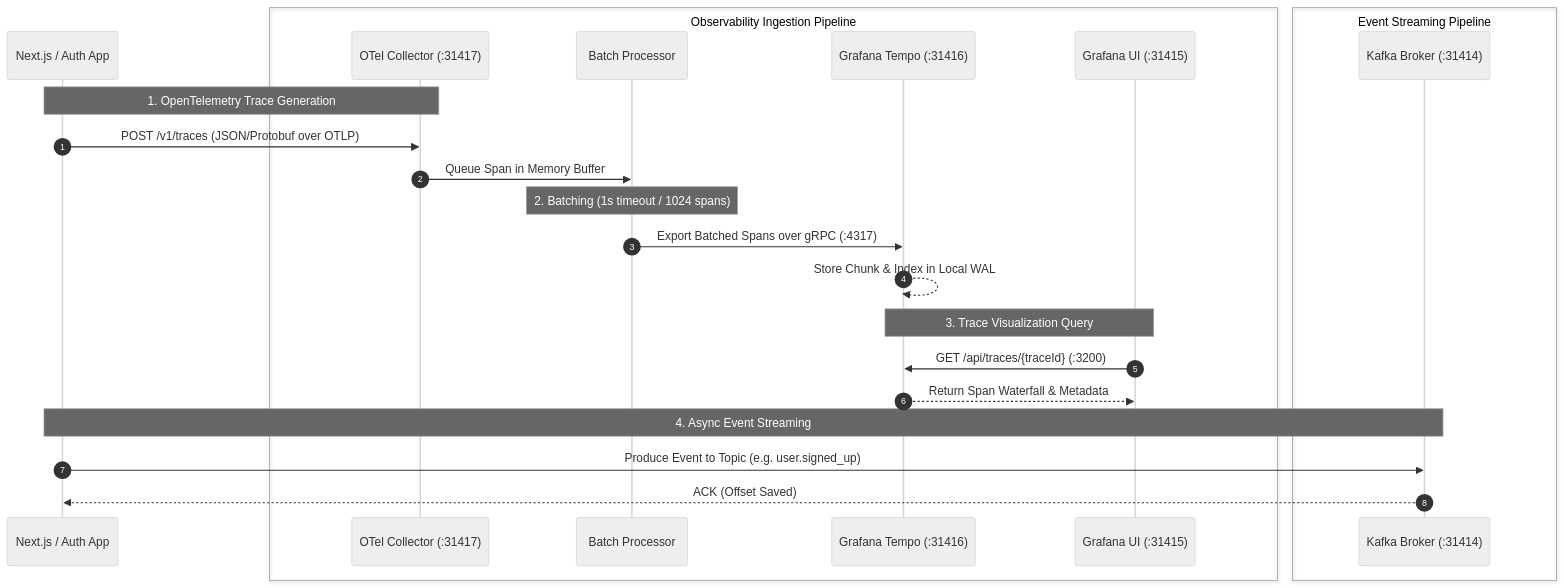
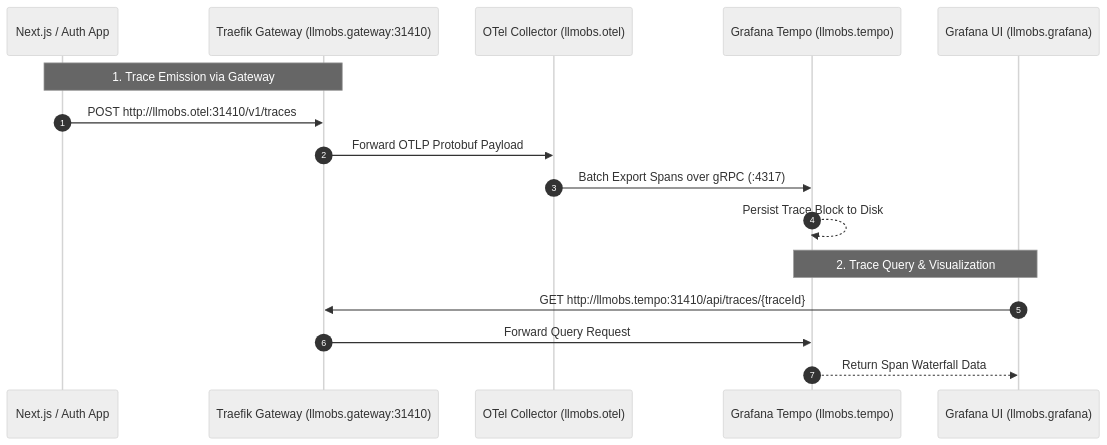
The second of 2 diagrams in packages/node/frontend-deployment/README.md (Chief-Strategist-J/llm-observability-platform), drawn with Mermaid (neutral theme) before and after one commit. The commit also changed other lines of this file and 1 other file, not shown here.

Commit message:
feat(deployment): add Traefik custom domain gateway routing and README clickable URL matrix

````diff
--- a/packages/node/frontend-deployment/README.md
+++ b/packages/node/frontend-deployment/README.md
@@ -59,39 +72,20 @@
 ```mermaid
 sequenceDiagram
     autonumber
     participant App as Next.js / Auth App
-    participant OTel as OTel Collector (:31417)
-    participant Batch as Batch Processor
-    participant Tempo as Grafana Tempo (:31416)
-    participant Grafana as Grafana UI (:31415)
-    participant Kafka as Kafka Broker (:31414)
+    participant Gateway as Traefik Gateway (llmobs.gateway:31410)
+    participant OTel as OTel Collector (llmobs.otel)
+    participant Tempo as Grafana Tempo (llmobs.tempo)
+    participant Grafana as Grafana UI (llmobs.grafana)
 
-    box Observability Ingestion Pipeline
-        participant OTel
-        participant Batch
-        participant Tempo
-        participant Grafana
-    end
+    Note over App, Gateway: 1. Trace Emission via Gateway
+    App->>Gateway: POST http://llmobs.otel:31410/v1/traces
+    Gateway->>OTel: Forward OTLP Protobuf Payload
+    OTel->>Tempo: Batch Export Spans over gRPC (:4317)
+    Tempo-->>Tempo: Persist Trace Block to Disk
 
-    box Event Streaming Pipeline
-        participant Kafka
-    end
-
-    %% Telemetry Flow
-    Note over App, OTel: 1. OpenTelemetry Trace Generation
-    App->>OTel: POST /v1/traces (JSON/Protobuf over OTLP)
-    OTel->>Batch: Queue Span in Memory Buffer
-    Note over Batch: 2. Batching (1s timeout / 1024 spans)
-    Batch->>Tempo: Export Batched Spans over gRPC (:4317)
-    Tempo-->>Tempo: Store Chunk & Index in Local WAL
-
-    %% Grafana Query Flow
-    Note over Grafana, Tempo: 3. Trace Visualization Query
-    Grafana->>Tempo: GET /api/traces/{traceId} (:3200)
-    Tempo-->>Grafana: Return Span Waterfall & Metadata
-
-    %% Messaging Event Flow
-    Note over App, Kafka: 4. Async Event Streaming
-    App->>Kafka: Produce Event to Topic (e.g. user.signed_up)
-    Kafka-->>App: ACK (Offset Saved)
+    Note over Grafana, Tempo: 2. Trace Query & Visualization
+    Grafana->>Gateway: GET http://llmobs.tempo:31410/api/traces/{traceId}
+    Gateway->>Tempo: Forward Query Request
+    Tempo-->>Grafana: Return Span Waterfall Data
 ```
````
